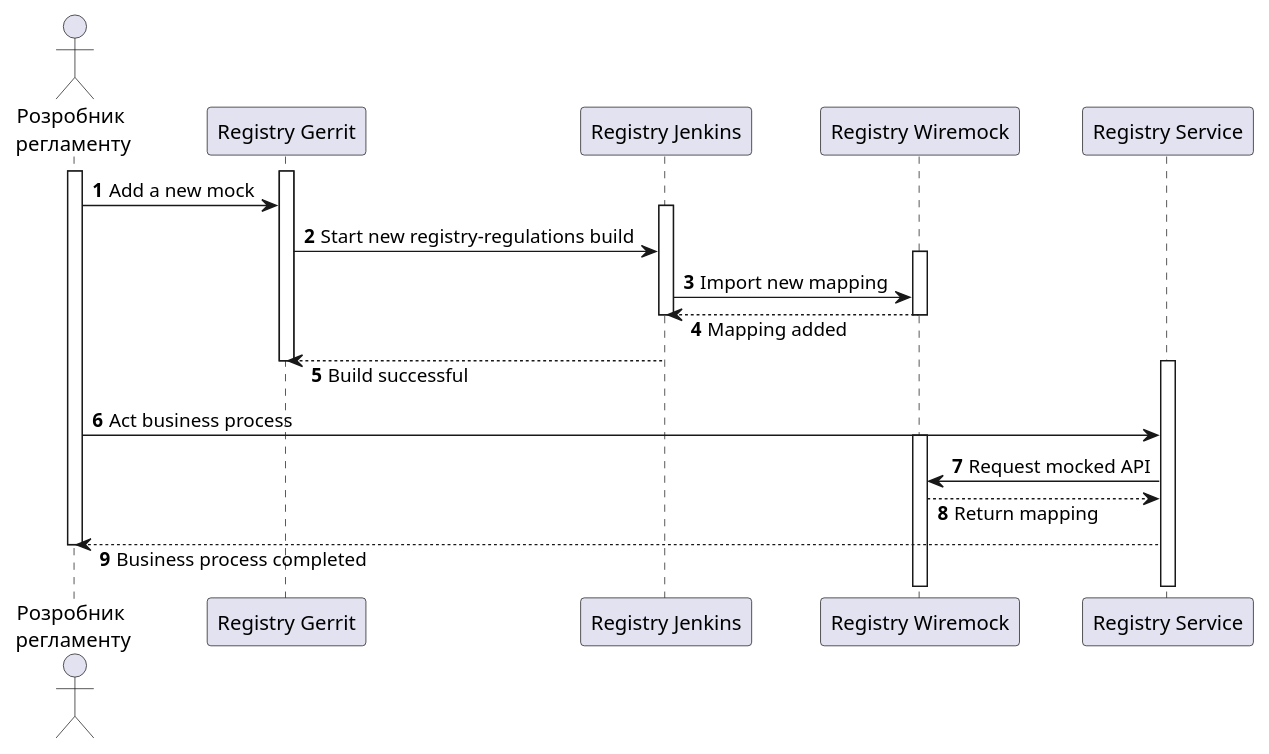
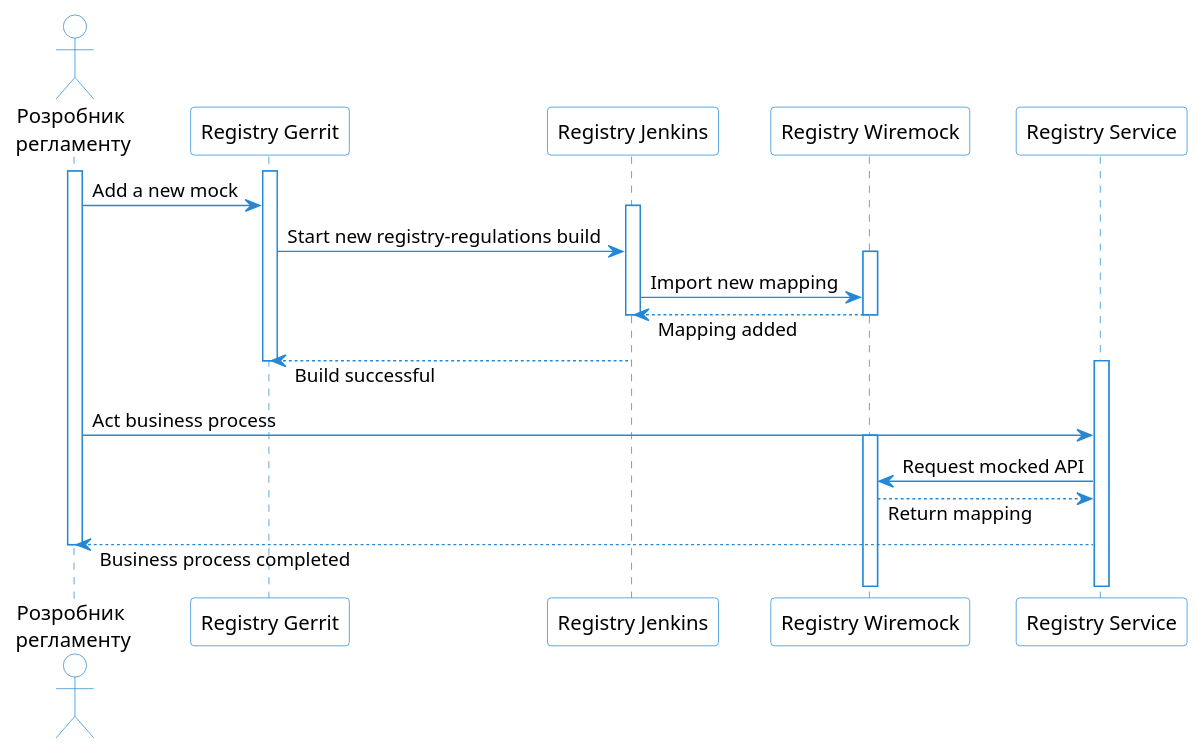
Before and after one commit to epam/edp-ddm-architecture: the diagram in modules/arch/partials/architecture-workspace/platform-evolution/mocking/import-user-mock.puml, drawn with PlantUML. The commit also changed 1 other file, not shown here.

```diff
--- a/modules/arch/partials/architecture-workspace/platform-evolution/mocking/import-user-mock.puml
+++ b/modules/arch/partials/architecture-workspace/platform-evolution/mocking/import-user-mock.puml
@@ -1,37 +1,59 @@
 @startuml
 
-autonumber
+skinparam shadowing false
+skinparam DatabaseBackgroundColor white
+skinparam DatabaseBorderColor #2688d4
+skinparam QueueBackgroundColor white
+skinparam QueueBorderColor #2688d4
+skinparam NoteBackgroundColor white
+skinparam NoteBorderColor #2688d4
+skinparam EntityBackgroundColor white
+skinparam EntityBorderColor #2688d4
+skinparam ControlBackgroundColor white
+skinparam ControlBorderColor #2688d4
+skinparam ActorBackgroundColor white
+
+skinparam sequence {
+    ArrowColor #2688d4
+    ActorBorderColor #2688d4
+    LifeLineBorderColor #2688d4
+    ParticipantBorderColor #2688d4
+    ParticipantBackgroundColor white
+    BoxBorderColor #2688d4
+    BoxBackgroundColor white
+}
+
 skinparam responseMessageBelowArrow true
 
 actor "Розробник\n регламенту" as Client
 
 participant "Registry Gerrit" as Gerrit
 participant "Registry Jenkins" as Jenkins
 participant "Registry Wiremock" as Wiremock
 participant "Registry Service" as Service
 
 
 
 activate Client
 
 activate Gerrit
 Client -> Gerrit: Add a new mock
 activate Jenkins
 Gerrit -> Jenkins: Start new registry-regulations build
 activate Wiremock
 Jenkins -> Wiremock: Import new mapping
 Jenkins <-- Wiremock: Mapping added
 deactivate Wiremock
 deactivate Jenkins
 Gerrit <-- Jenkins: Build successful
 deactivate Gerrit
 activate Service
 Client -> Service: Act business process
 activate Wiremock
 Service -> Wiremock: Request mocked API
 Service <-- Wiremock: Return mapping
 Client <-- Service: Business process completed
 
 deactivate Client
 
 @enduml
```
